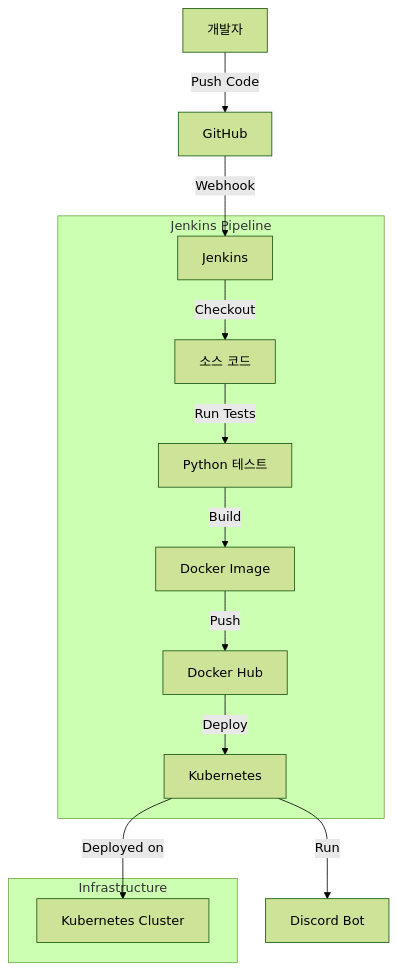
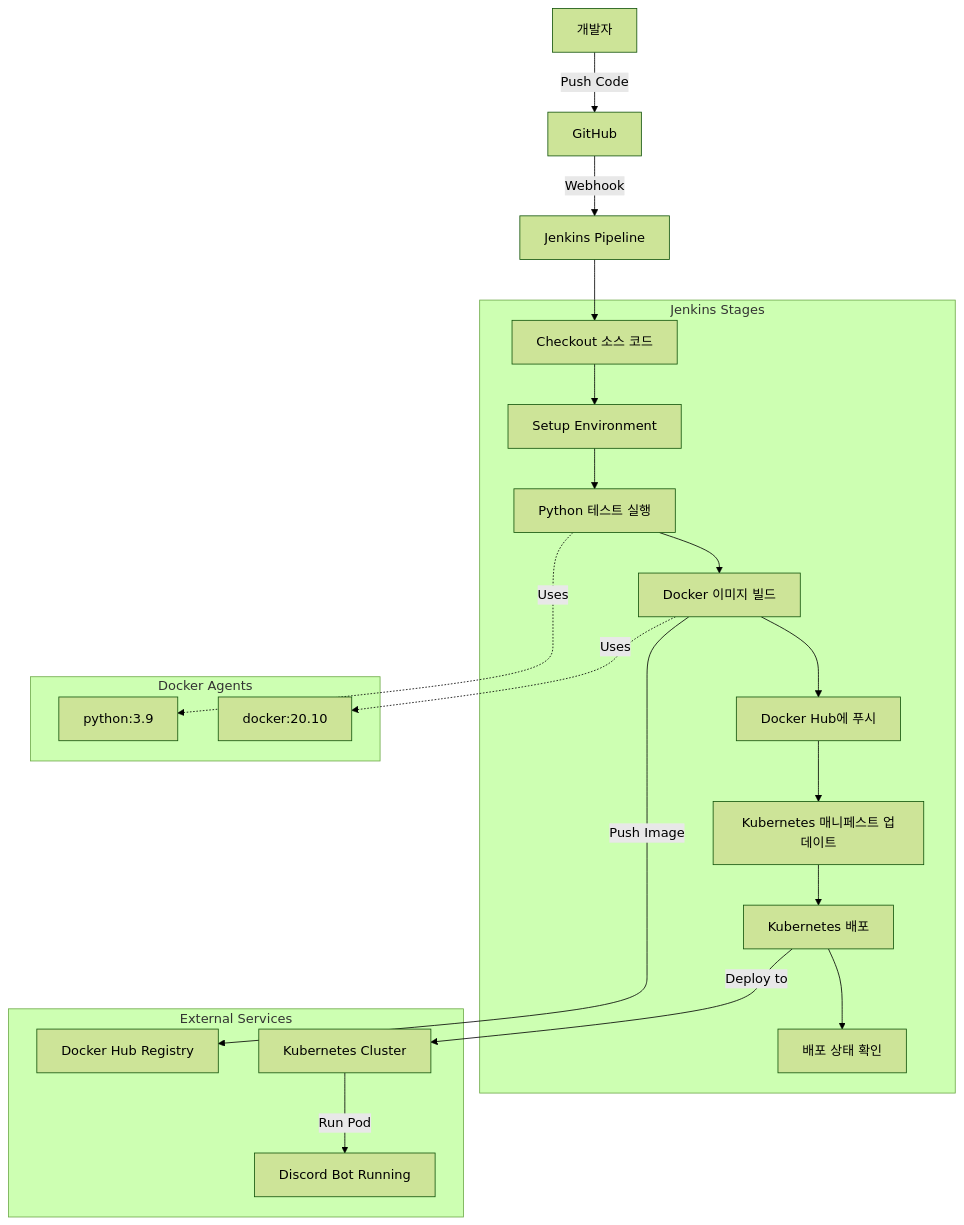
The first of 2 diagrams in README.md (ashcircle03/devops-stack-learning), drawn with Mermaid (forest theme) before and after one commit. The commit also changed other lines of this file and 23 other files, not shown here.

````diff
--- a/README.md
+++ b/README.md
@@ -120,26 +126,43 @@
 ```mermaid
 graph TD
     A[개발자] -->|Push Code| B[GitHub]
-    B -->|Webhook| C[Jenkins]
-    C -->|Checkout| D[소스 코드]
-    D -->|Run Tests| E[Python 테스트]
-    E -->|Build| F[Docker Image]
-    F -->|Push| G[Docker Hub]
-    G -->|Deploy| H[Kubernetes]
-    H -->|Run| I[Discord Bot]
+    B -->|Webhook| C[Jenkins Pipeline]
     
-    subgraph "Jenkins Pipeline"
-    C
-    D
-    E
-    F
-    G
-    H
+    C --> D[Checkout 소스 코드]
+    D --> E[Setup Environment]
+    E --> F[Python 테스트 실행]
+    F --> G[Docker 이미지 빌드]
+    G --> H[Docker Hub에 푸시]
+    H --> I[Kubernetes 매니페스트 업데이트]
+    I --> J[Kubernetes 배포]
+    J --> K[배포 상태 확인]
+    
+    subgraph "Jenkins Stages"
+        D
+        E
+        F
+        G
+        H
+        I
+        J
+        K
     end
     
-    subgraph "Infrastructure"
-    J[Kubernetes Cluster]
+    subgraph "External Services"
+        L[Docker Hub Registry]
+        M[Kubernetes Cluster]
+        N[Discord Bot Running]
     end
     
-    H -->|Deployed on| J
+    G -->|Push Image| L
+    J -->|Deploy to| M
+    M -->|Run Pod| N
+    
+    subgraph "Docker Agents"
+        O[python:3.9]
+        P[docker:20.10]
+    end
+    
+    F -.->|Uses| O
+    G -.->|Uses| P
 ```
````
